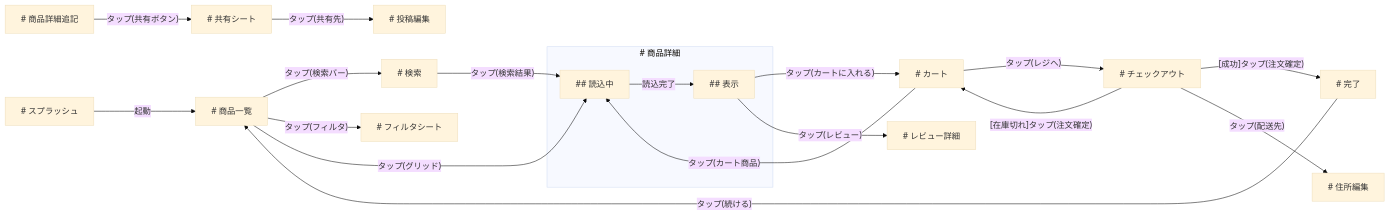
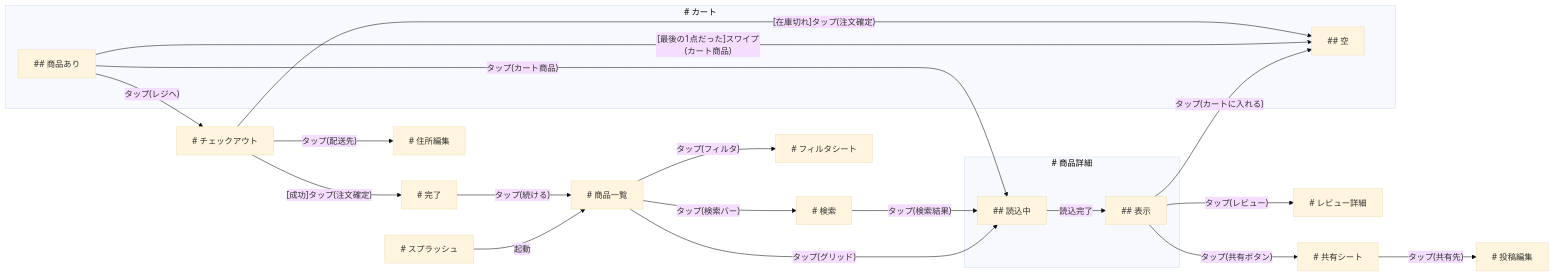
The diagram in docs/examples/ecommerce.mmd (takasek/shitae), drawn with Mermaid (base theme) before and after one commit. The commit also changed 2 other files, not shown here.

```diff
--- a/docs/examples/ecommerce.mmd
+++ b/docs/examples/ecommerce.mmd
@@ -1,34 +1,37 @@
 flowchart LR
   スプラッシュ["# スプラッシュ"]
   商品一覧["# 商品一覧"]
   subgraph 商品詳細_group["# 商品詳細"]
     商品詳細_読込中["## 読込中"]
     商品詳細_表示["## 表示"]
   end
   フィルタシート["# フィルタシート"]
-  カート["# カート"]
+  subgraph カート_group["# カート"]
+    カート_空["## 空"]
+    カート_商品あり["## 商品あり"]
+  end
   チェックアウト["# チェックアウト"]
   完了["# 完了"]
-  商品詳細追記["# 商品詳細追記"]
   共有シート["# 共有シート"]
   投稿編集["# 投稿編集"]
   検索["# 検索"]
   レビュー詳細["# レビュー詳細"]
   住所編集["# 住所編集"]
 
   スプラッシュ -->|"起動"| 商品一覧
   商品一覧 -->|"タップ(検索バー)"| 検索
   商品一覧 -->|"タップ(フィルタ)"| フィルタシート
   商品一覧 -->|"タップ(グリッド)"| 商品詳細_読込中
   商品詳細_読込中 -->|"読込完了"| 商品詳細_表示
-  商品詳細_表示 -->|"タップ(カートに入れる)"| カート
+  商品詳細_表示 -->|"タップ(カートに入れる)"| カート_空
   商品詳細_表示 -->|"タップ(レビュー)"| レビュー詳細
-  カート -->|"タップ(レジへ)"| チェックアウト
-  カート -->|"タップ(カート商品)"| 商品詳細_読込中
+  商品詳細_表示 -->|"タップ(共有ボタン)"| 共有シート
+  カート_商品あり -->|"タップ(レジへ)"| チェックアウト
+  カート_商品あり -->|"タップ(カート商品)"| 商品詳細_読込中
+  カート_商品あり -->|"[最後の1点だった]スワイプ(カート商品)"| カート_空
   チェックアウト -->|"[成功]タップ(注文確定)"| 完了
-  チェックアウト -->|"[在庫切れ]タップ(注文確定)"| カート
+  チェックアウト -->|"[在庫切れ]タップ(注文確定)"| カート_空
   チェックアウト -->|"タップ(配送先)"| 住所編集
   完了 -->|"タップ(続ける)"| 商品一覧
-  商品詳細追記 -->|"タップ(共有ボタン)"| 共有シート
   共有シート -->|"タップ(共有先)"| 投稿編集
   検索 -->|"タップ(検索結果)"| 商品詳細_読込中
```
